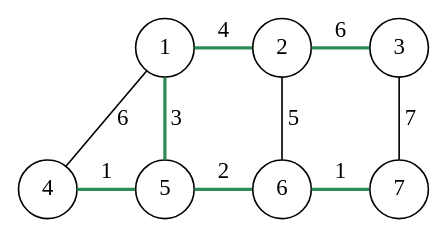
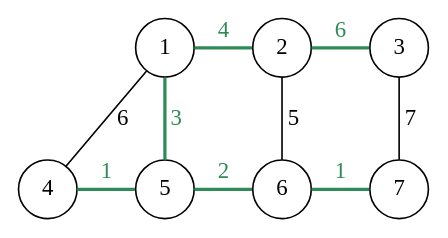
One commit to alek3y/cs changed the first of 2 diagrams in src/ct0371-1/02/02/README.md. Above: the diagram before and after it, drawn with Graphviz. The commit also changed 6 other files, not shown here.

````diff
--- a/src/ct0371-1/02/02/README.md
+++ b/src/ct0371-1/02/02/README.md
@@ -18,25 +18,25 @@
 ```dot process
 digraph {
 	node [shape=circle]
 	edge [dir=none]
 
 	{
-		edge [color="seagreen4" penwidth=2]
+		edge [color="seagreen4" fontcolor="seagreen4" penwidth=2]
 		{
 			rank=same
 			1 -> 2 [label="4"]
 			2 -> 3 [label="6"]
 		}
 		{
 			rank=same
 			4 -> 5 [label="1"]
 			5 -> 6 [label="2"]
 			6 -> 7 [label="1"]
 		}
 		1 -> 5 [label=" 3"]
 	}
 	1 -> 4 [label="6"]
 	2 -> 6 [label=" 5"]
 	3 -> 7 [label=" 7"]
 }
 ```
````
